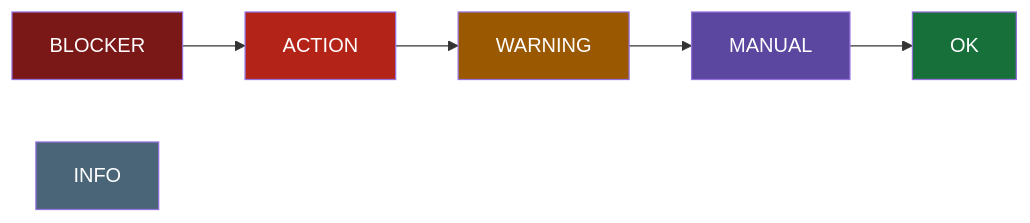
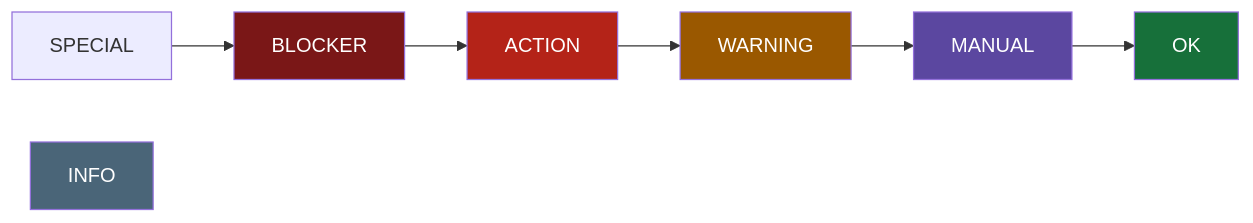
One commit to JeanKadang/IPU-ReadinessAssessment changed the fourth of 7 diagrams in docs/user-guide.md. Above: the diagram before and after it, drawn with Mermaid. The commit also changed other lines of this file and 14 other files, not shown here.

````diff
--- a/docs/user-guide.md
+++ b/docs/user-guide.md
@@ -453,17 +458,17 @@
 ```mermaid
 flowchart LR
-    B[BLOCKER] --> A[ACTION] --> W[WARNING] --> M[MANUAL] --> O[OK]
+    S[SPECIAL] --> B[BLOCKER] --> A[ACTION] --> W[WARNING] --> M[MANUAL] --> O[OK]
     I[INFO]
     classDef bad fill:#7a1717,color:#fff
     classDef act fill:#b42318,color:#fff
     classDef warn fill:#9a5800,color:#fff
     classDef man fill:#5b47a0,color:#fff
     classDef ok fill:#17703a,color:#fff
     classDef info fill:#4a6578,color:#fff
     class B bad
     class A act
     class W warn
     class M man
     class O ok
     class I info
 ```
````
